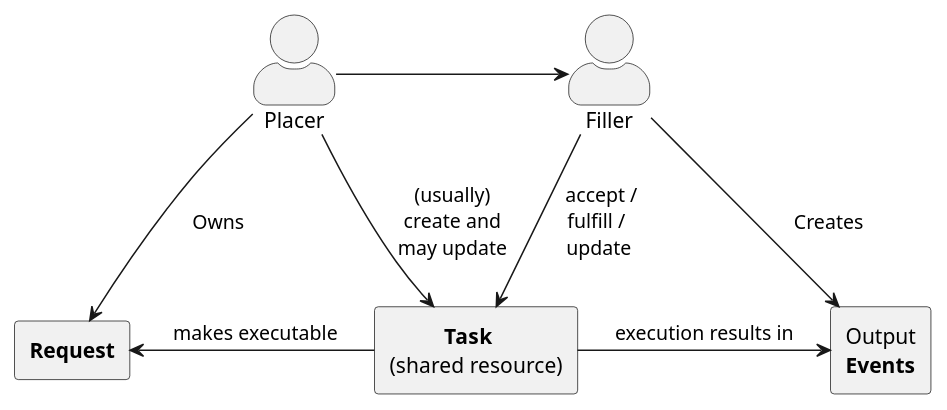
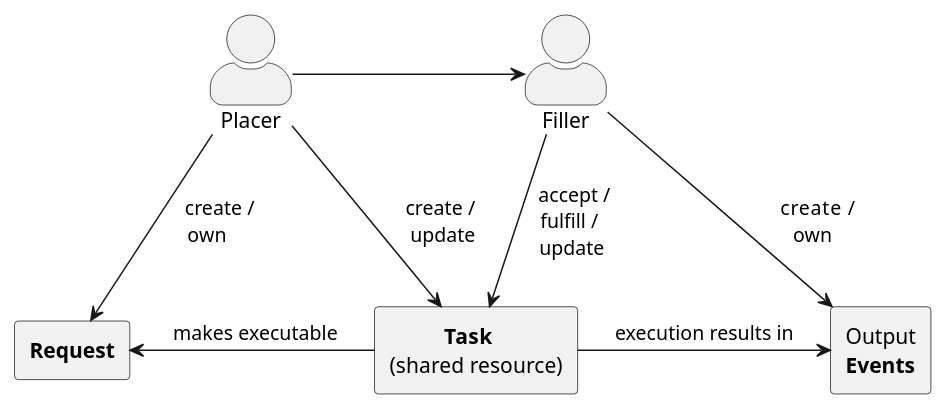
One commit to HL7/fhir-cow-ig changed the diagram in input/images-source/relation-of-placer-request-task-output-filler.plantuml. Above: the diagram before and after it, drawn with PlantUML. The commit also changed 1 other file, not shown here.

```diff
--- a/input/images-source/relation-of-placer-request-task-output-filler.plantuml
+++ b/input/images-source/relation-of-placer-request-task-output-filler.plantuml
@@ -1,19 +1,19 @@
 @startuml
 	'skinparam linetype polyline
 	skinparam actorstyle awesome
 	
 	actor Placer
 	actor Filler
 	rectangle "**Request**" as Request
 	rectangle "\t  **Task** \n(shared resource)" as Task
 	rectangle "Output\n**Events**" as OutputEvents
 	
 	Request <-r- Task : "   makes executable  "
 	Task -r-> OutputEvents : "  execution results in  "
-	Placer -d-> Request: "Owns                  "
+	Placer -d-> Request: "create /\nown     "
 	Placer -r-> Filler: "     \t\t\t\t   "
-	Filler -d-> OutputEvents: "Creates"
-	Placer -d-> Task: "(usually)\ncreate and\nmay update"
+	Filler -d-> OutputEvents: "create  /\n own   "
+	Placer -d-> Task: "create /\n update"
 	Filler -d-> Task: "accept / \n fulfill /    \n update   "
 
 @enduml
```
